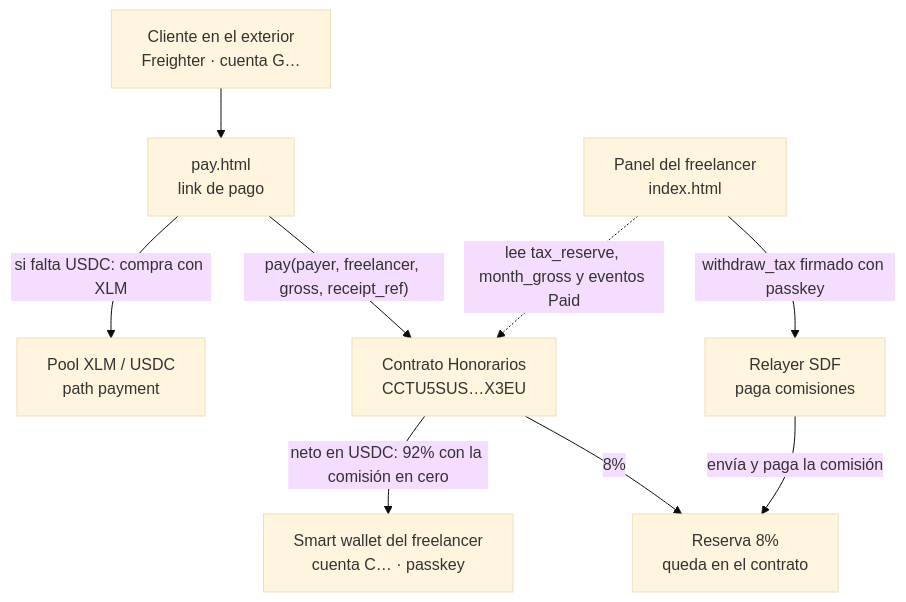
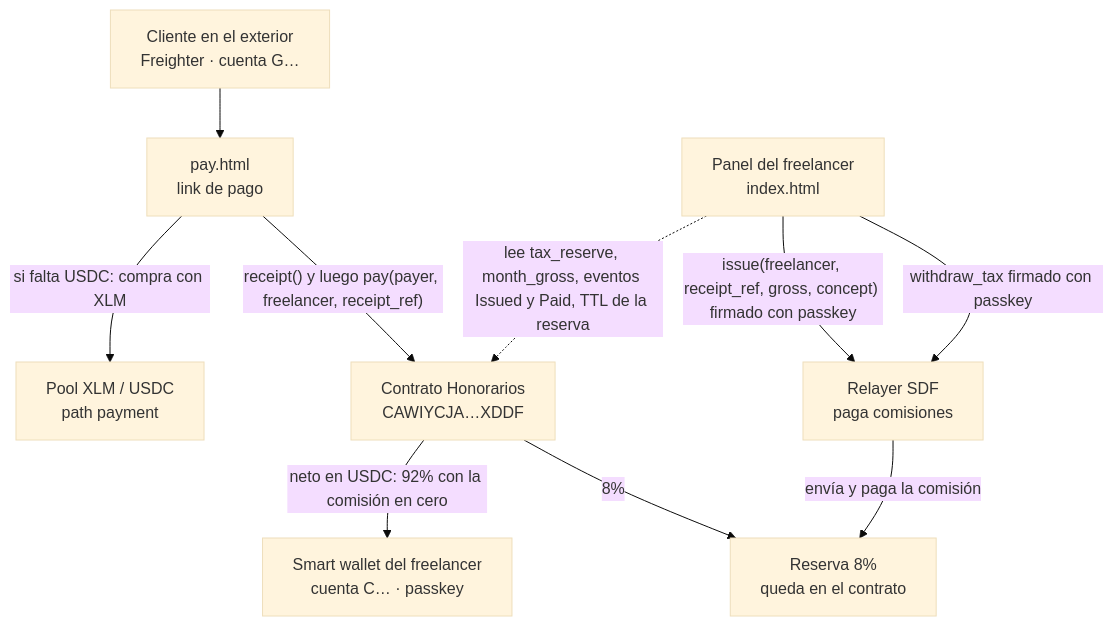
Before and after one commit to kasbsquall/honorarios: the first of 3 diagrams in docs/arquitectura.md, drawn with Mermaid (base theme). The commit also changed other lines of this file and 1 other file, not shown here.

Commit message:
docs: README abre con la reserva, ataques rechazados y contrato v3

````diff
--- a/docs/arquitectura.md
+++ b/docs/arquitectura.md
@@ -9,20 +9,21 @@
 ```mermaid
 flowchart TB
   CL["Cliente en el exterior<br/>Freighter · cuenta G…"]
   PG["pay.html<br/>link de pago"]
   POOL["Pool XLM / USDC<br/>path payment"]
-  H["Contrato Honorarios<br/>CCTU5SUS…X3EU"]
+  H["Contrato Honorarios<br/>CAWIYCJA…XDDF"]
   RES["Reserva 8%<br/>queda en el contrato"]
   SW["Smart wallet del freelancer<br/>cuenta C… · passkey"]
   D["Panel del freelancer<br/>index.html"]
   R["Relayer SDF<br/>paga comisiones"]
 
+  D -->|"issue(freelancer, receipt_ref, gross, concept) firmado con passkey"| R
   CL --> PG
   PG -->|"si falta USDC: compra con XLM"| POOL
-  PG -->|"pay(payer, freelancer, gross, receipt_ref)"| H
+  PG -->|"receipt() y luego pay(payer, freelancer, receipt_ref)"| H
   H -->|"neto en USDC: 92% con la comisión en cero"| SW
   H -->|"8%"| RES
-  D -.->|"lee tax_reserve, month_gross y eventos Paid"| H
+  D -.->|"lee tax_reserve, month_gross, eventos Issued y Paid, TTL de la reserva"| H
   D -->|"withdraw_tax firmado con passkey"| R
   R -->|"envía y paga la comisión"| RES
 ```
````
